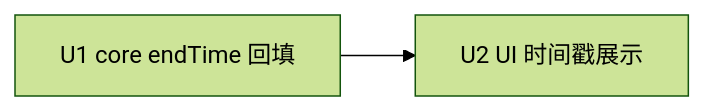
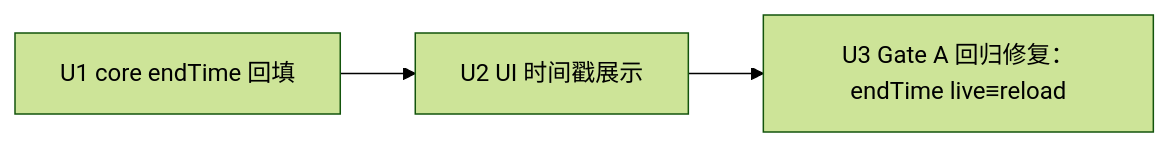
Before and after one commit to zhushanwen321/tai-ji: the diagram in .tmp/dev-flow/chat-timestamp.impl-plan.md, drawn with Mermaid (forest theme). The commit also changed other lines of this file, not shown here.

Commit message:
docs(impl-plan): Gate A triage, add U3 fix unit, residual risks R3/R4

````diff
--- a/.tmp/dev-flow/chat-timestamp.impl-plan.md
+++ b/.tmp/dev-flow/chat-timestamp.impl-plan.md
@@ -27,4 +27,4 @@
 ```mermaid
 graph LR
-  U1[U1 core endTime 回填] --> U2[U2 UI 时间戳展示]
+  U1[U1 core endTime 回填] --> U2[U2 UI 时间戳展示] --> U3[U3 Gate A 回归修复：endTime live≡reload]
 ```
````
